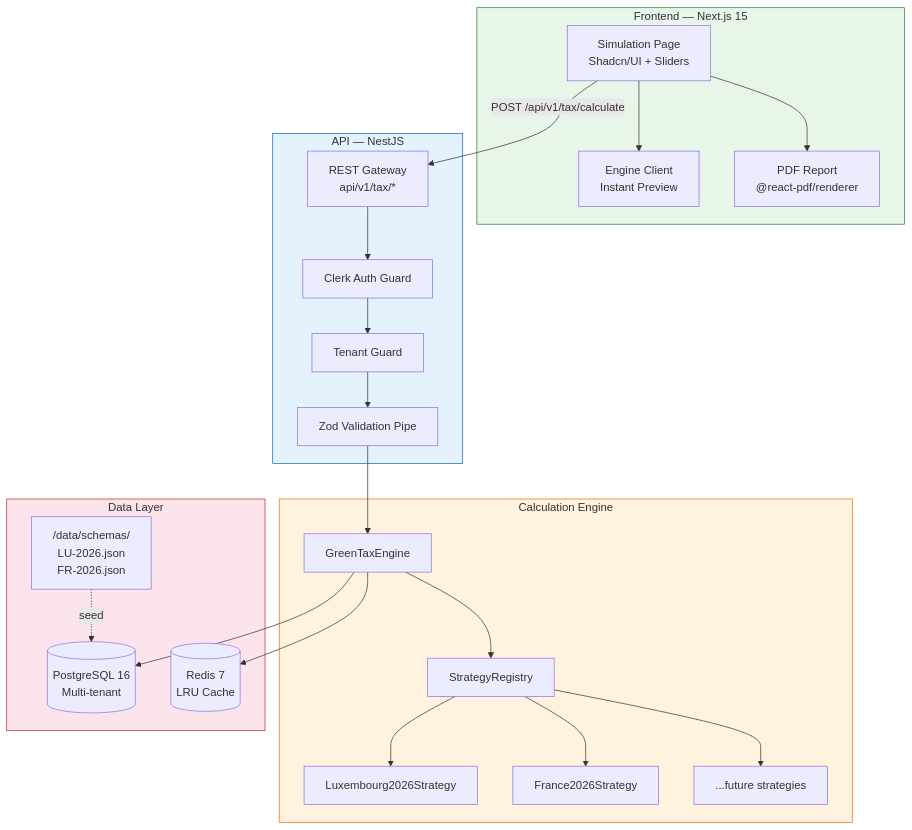
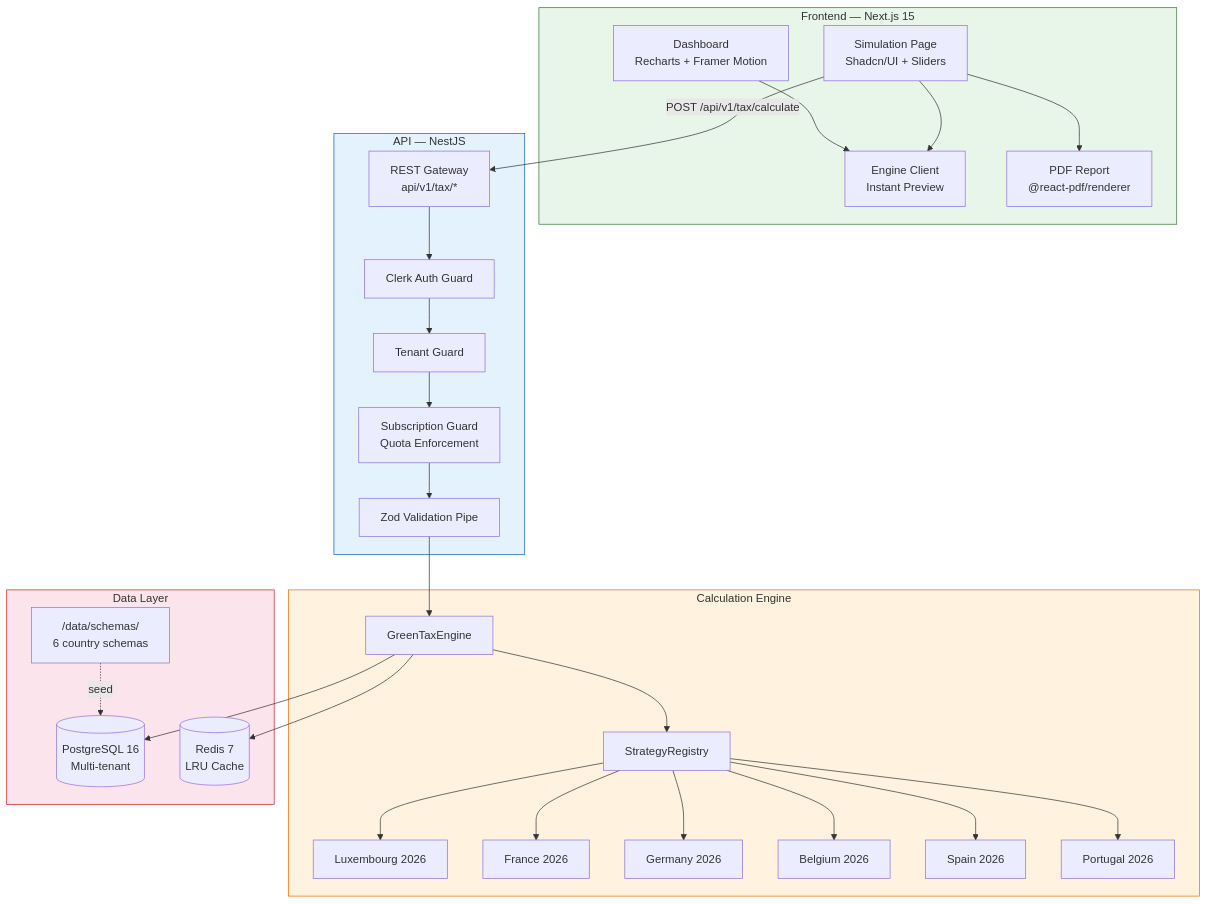
The second of 6 diagrams in README.md (nabz0r/Global-Green-Tax), drawn with Mermaid before and after one commit. The commit also changed other lines of this file and 10 other files, not shown here.

First line of the commit message:
feat: add subscription module with quota management and economic model docs

````diff
--- a/README.md
+++ b/README.md
@@ -11,46 +94,50 @@
 ```mermaid
 graph TB
     subgraph Client["Frontend — Next.js 15"]
-        UI[Simulation Page<br/>Shadcn/UI + Sliders]
+        UI[Dashboard<br/>Recharts + Framer Motion]
+        SIM[Simulation Page<br/>Shadcn/UI + Sliders]
         EC[Engine Client<br/>Instant Preview]
         PDF[PDF Report<br/>@react-pdf/renderer]
     end
 
     subgraph API["API — NestJS"]
         GW[REST Gateway<br/>api/v1/tax/*]
         AUTH[Clerk Auth Guard]
         TENANT[Tenant Guard]
+        QUOTA[Subscription Guard<br/>Quota Enforcement]
         ZOD[Zod Validation Pipe]
     end
 
     subgraph Engine["Calculation Engine"]
         ENG[GreenTaxEngine]
         REG[StrategyRegistry]
-        LU[Luxembourg2026Strategy]
-        FR[France2026Strategy]
-        NEXT["...future strategies"]
+        LU[Luxembourg 2026]
+        FR[France 2026]
+        DE[Germany 2026]
+        BE[Belgium 2026]
+        ES[Spain 2026]
+        PT[Portugal 2026]
     end
 
     subgraph Data["Data Layer"]
         PG[(PostgreSQL 16<br/>Multi-tenant)]
         RD[(Redis 7<br/>LRU Cache)]
-        JSON["/data/schemas/<br/>LU-2026.json<br/>FR-2026.json"]
+        JSON["/data/schemas/<br/>6 country schemas"]
     end
 
     UI --> EC
-    UI --> PDF
-    UI -->|POST /api/v1/tax/calculate| GW
-    GW --> AUTH --> TENANT --> ZOD --> ENG
+    SIM --> EC
+    SIM --> PDF
+    SIM -->|POST /api/v1/tax/calculate| GW
+    GW --> AUTH --> TENANT --> QUOTA --> ZOD --> ENG
     ENG --> REG
-    REG --> LU
-    REG --> FR
-    REG --> NEXT
+    REG --> LU & FR & DE & BE & ES & PT
     ENG --> PG
     ENG --> RD
     JSON -.->|seed| PG
 
     style Client fill:#e8f5e9,stroke:#2e7d32
     style API fill:#e3f2fd,stroke:#1565c0
     style Engine fill:#fff3e0,stroke:#ef6c00
     style Data fill:#fce4ec,stroke:#c62828
 ```
````
